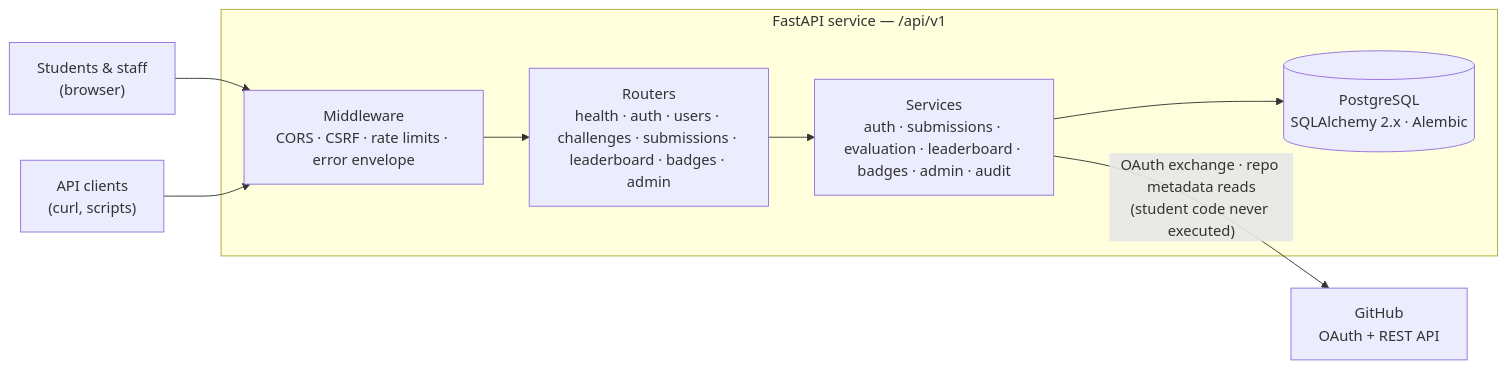
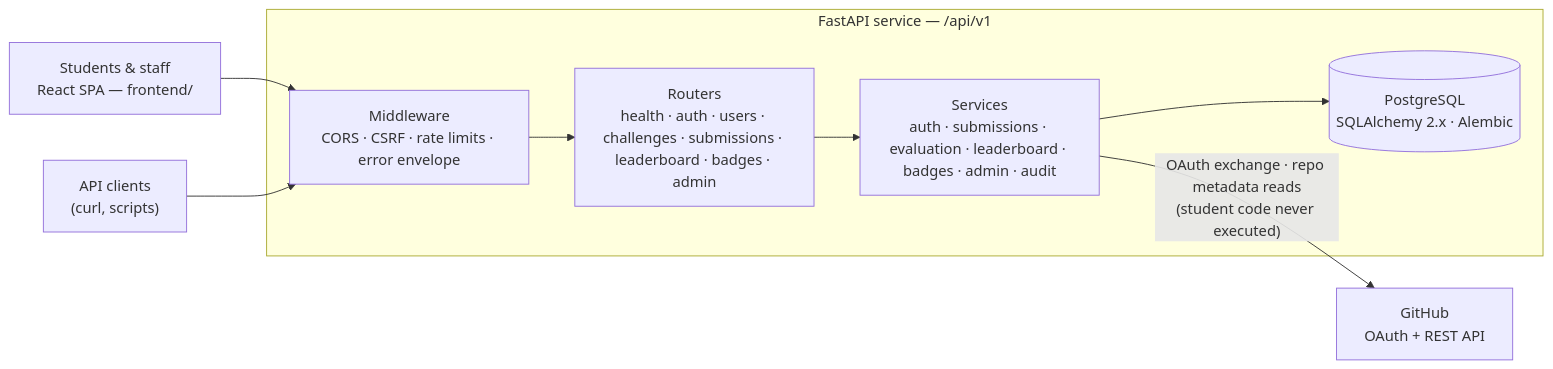
One commit to Markkaruga254/GDG-TUM-dojo changed the diagram in README.md. Above: the diagram before and after it, drawn with Mermaid. The commit also changed other lines of this file and 2 other files, not shown here.

Commit message:
docs: document the frontend and update the project overview

````diff
--- a/README.md
+++ b/README.md
@@ -53,15 +72,15 @@
 ```mermaid
 flowchart LR
-    student["Students & staff<br/>(browser)"] --> middleware
+    spa["Students & staff<br/>React SPA — frontend/"] --> middleware
     clients["API clients<br/>(curl, scripts)"] --> middleware
 
     subgraph api["FastAPI service — /api/v1"]
         middleware["Middleware<br/>CORS · CSRF · rate limits · error envelope"]
         routers["Routers<br/>health · auth · users · challenges · submissions · leaderboard · badges · admin"]
         services["Services<br/>auth · submissions · evaluation · leaderboard · badges · admin · audit"]
         database[("PostgreSQL<br/>SQLAlchemy 2.x · Alembic")]
         middleware --> routers --> services --> database
     end
 
     services -- "OAuth exchange · repo metadata reads<br/>(student code never executed)" --> github["GitHub<br/>OAuth + REST API"]
 ```
````
